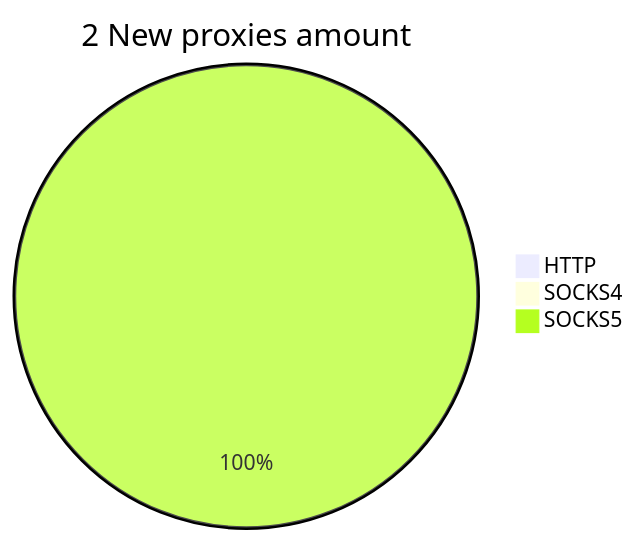
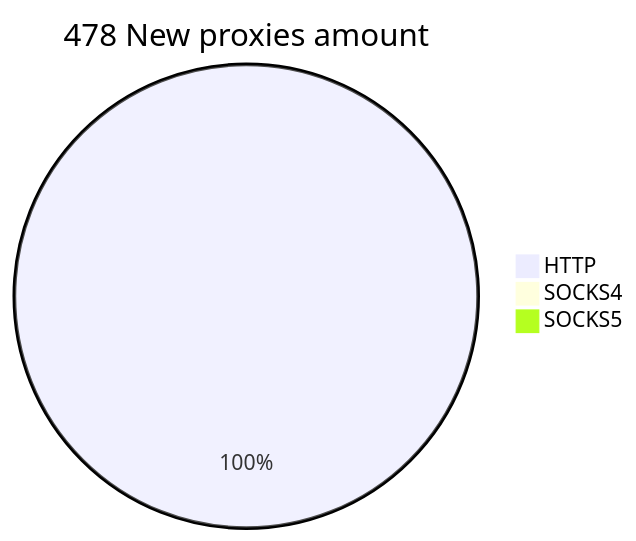
The second of 2 diagrams in README.md (cutipu/proxylist), drawn with Mermaid before and after one commit. The commit also changed other lines of this file, not shown here.

````diff
--- a/README.md
+++ b/README.md
@@ -10,6 +10,6 @@
 ```mermaid
-pie title 2 New proxies amount
-    "HTTP" : 0
-    "SOCKS4" : 0
-    "SOCKS5" : 3
+pie title 478 New proxies amount
+    "HTTP" : 477
+    "SOCKS4" : 1
+    "SOCKS5" : 0
 ```
````
